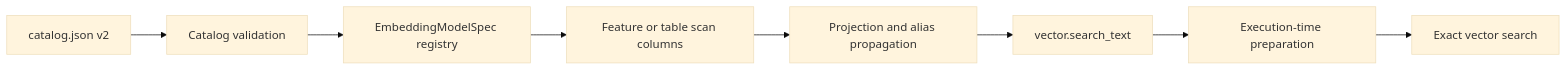
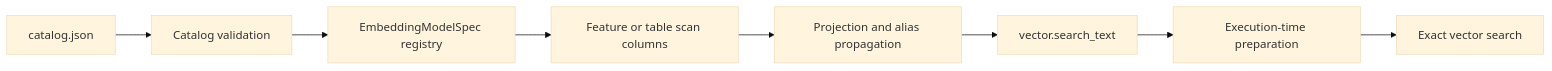
The diagram in docs/design/featurestore-embeddings.md (quantbert/duckpd), drawn with Mermaid (base theme) before and after one commit. The commit also changed other lines of this file and 14 other files, not shown here.

````diff
--- a/docs/design/featurestore-embeddings.md
+++ b/docs/design/featurestore-embeddings.md
@@ -214,10 +219,10 @@
 ```mermaid
 flowchart LR
-    C[catalog.json v2] --> V[Catalog validation]
+    C[catalog.json] --> V[Catalog validation]
     V --> M[EmbeddingModelSpec registry]
     M --> S[Feature or table scan columns]
     S --> P[Projection and alias propagation]
     P --> Q[vector.search_text]
     Q --> E[Execution-time preparation]
     E --> R[Exact vector search]
 ```
````
